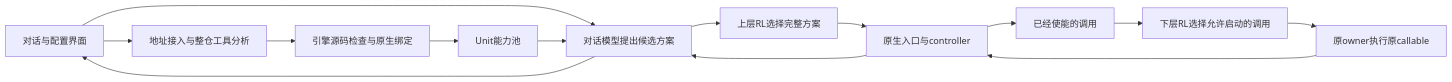
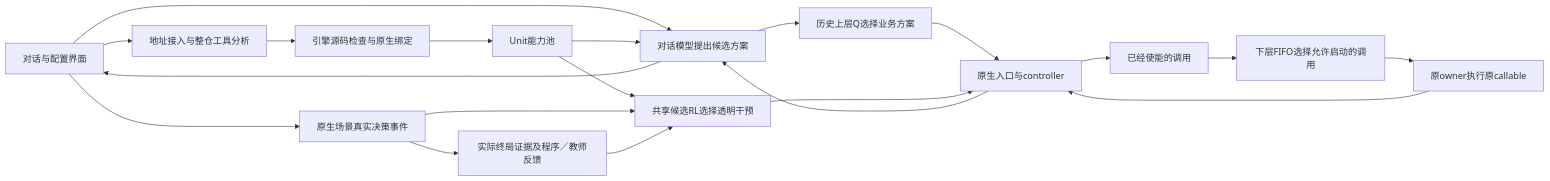
The diagram in docs/设计与实现路线.md (yufao/Seampact), drawn with Mermaid before and after one commit. The commit also changed other lines of this file and 66 other files, not shown here.

````diff
--- a/docs/设计与实现路线.md
+++ b/docs/设计与实现路线.md
@@ -7,16 +9,22 @@
 ```mermaid
 flowchart LR
     F[对话与配置界面] --> A[地址接入与整仓工具分析]
     A --> B[引擎源码检查与原生绑定]
     B --> P[Unit能力池]
     F --> C[对话模型提出候选方案]
     P --> C
-    C --> U[上层RL选择完整方案]
+    C --> Q[历史上层Q选择业务方案]
+    Q --> N
+    F --> S[原生场景真实决策事件]
+    P --> U[共享候选RL选择透明干预]
+    S --> U
     U --> N[原生入口与controller]
     N --> E[已经使能的调用]
-    E --> L[下层RL选择允许启动的调用]
+    E --> L[下层FIFO选择允许启动的调用]
     L --> O[原owner执行原callable]
     O --> N
     N --> C
     C --> F
+    S --> T[实际终局证据及程序／教师反馈]
+    T --> U
 ```
````
